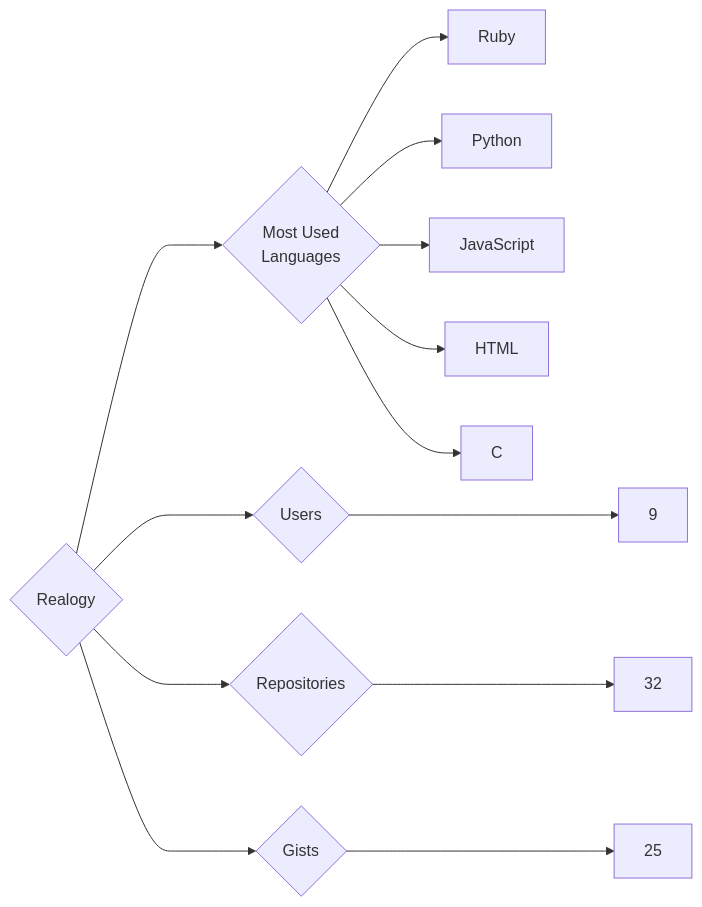
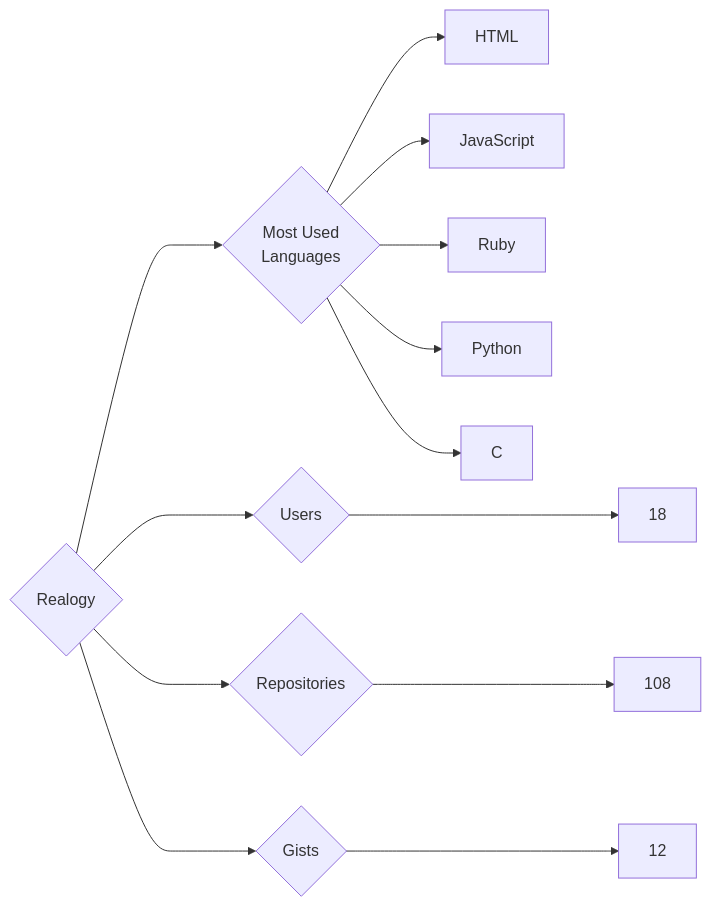
The diagram in targets/Realogy/README.md (trickest/insiders), drawn with Mermaid before and after one commit. The commit also changed 1011 other files, not shown here.

````diff
--- a/targets/Realogy/README.md
+++ b/targets/Realogy/README.md
@@ -3,13 +3,13 @@
 ```mermaid
 graph LR
 COMPANY_NAME{Realogy}
-COMPANY_NAME ---> U{Users} ---> UN[9]
-COMPANY_NAME ---> R{Repositories} ---> RN[32]
-COMPANY_NAME ---> G{Gists} ---> GN[25]
+COMPANY_NAME ---> U{Users} ---> UN[18]
+COMPANY_NAME ---> R{Repositories} ---> RN[108]
+COMPANY_NAME ---> G{Gists} ---> GN[12]
 COMPANY_NAME ---> ML{Most Used<br>Languages}
+ML --> HTML[HTML]
+ML --> JavaScript[JavaScript]
 ML --> Ruby[Ruby]
 ML --> Python[Python]
-ML --> JavaScript[JavaScript]
-ML --> HTML[HTML]
 ML --> C[C]
 ```
````
